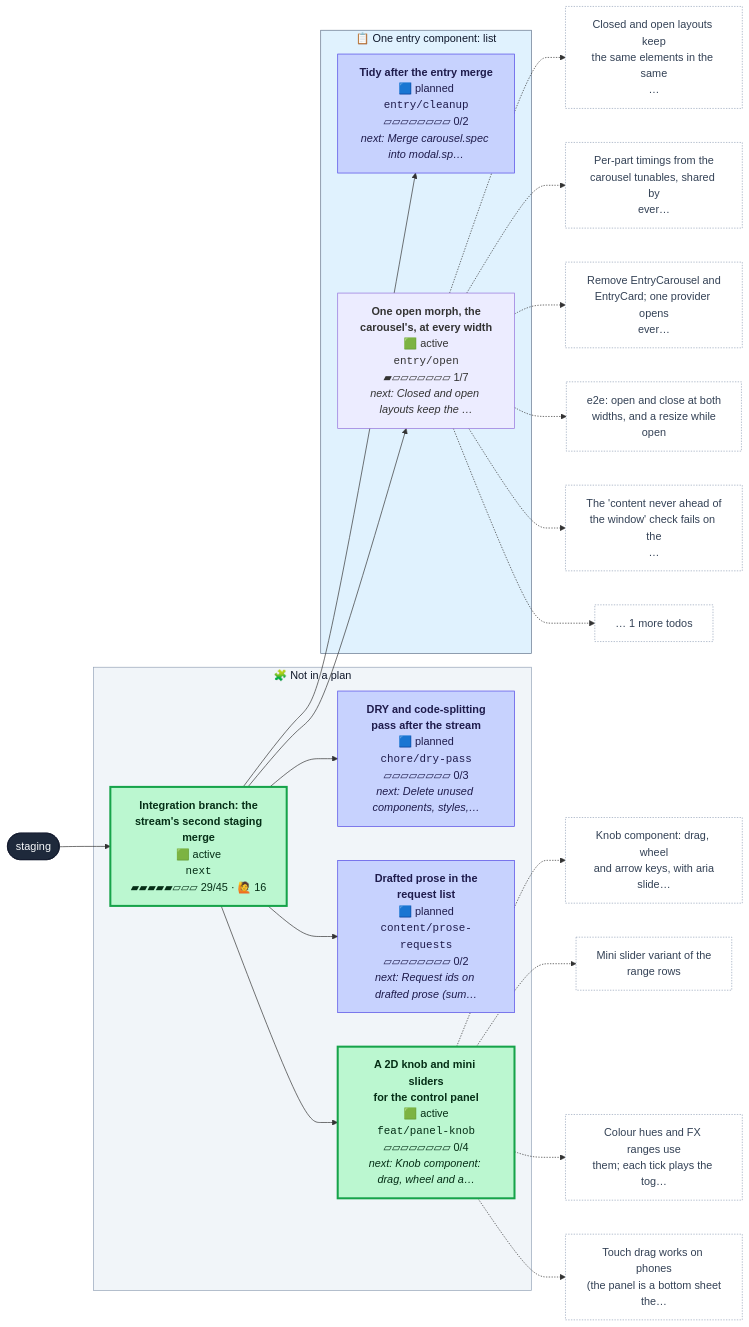
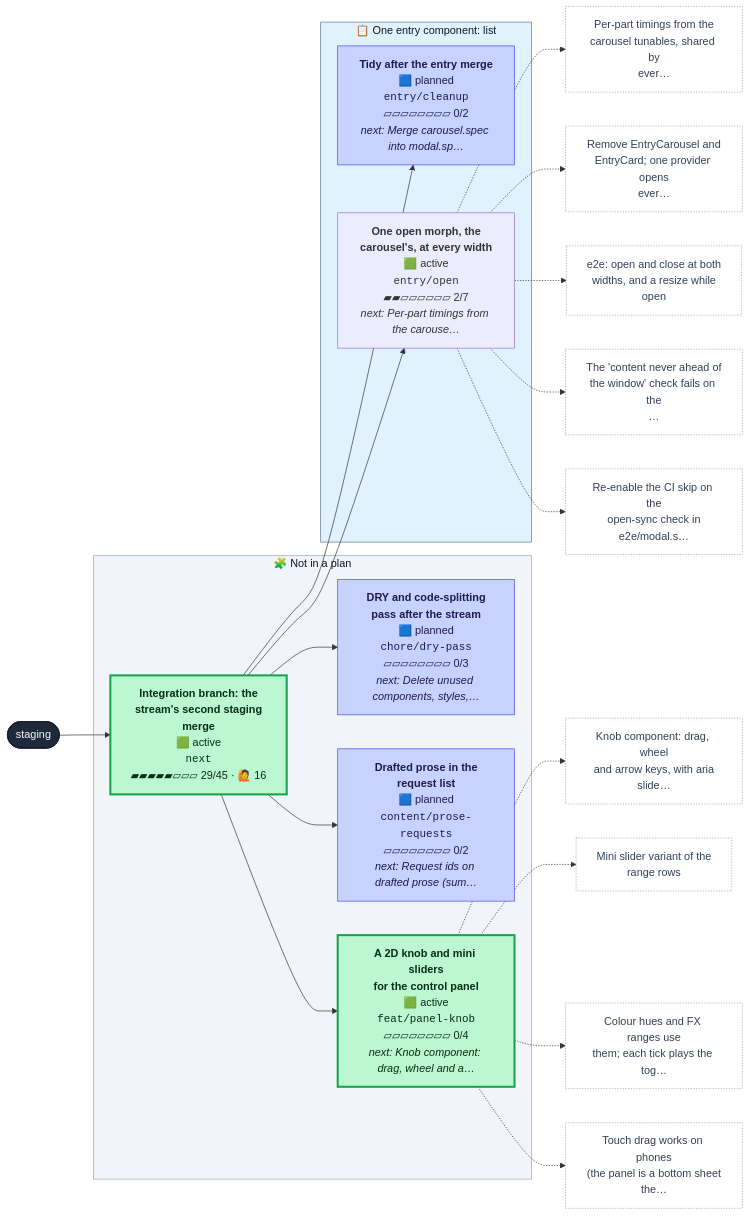
One commit to henryjonescodes/portfolio changed the first of 2 diagrams in CONTRIBUTING.md. Above: the diagram before and after it, drawn with Mermaid. The commit also changed other lines of this file, not shown here.

````diff
--- a/CONTRIBUTING.md
+++ b/CONTRIBUTING.md
@@ -16,68 +16,65 @@
 ```mermaid
 flowchart LR
   n_staging([staging])
   class n_staging trunk
   subgraph plan_0["📋 One entry component: list"]
     n_entry_cleanup["<b>Tidy after the entry merge</b><br/>🟦 planned<br/><code>entry/cleanup</code><br/>▱▱▱▱▱▱▱▱ 0/2<br/><i>next: Merge carousel.spec into modal.sp…</i>"]
     class n_entry_cleanup planned
-    n_entry_open["<b>One open morph, the<br/>carousel's, at every width</b><br/>🟩 active<br/><code>entry/open</code><br/>▰▱▱▱▱▱▱▱ 1/7<br/><i>next: Closed and open layouts keep the …</i>"]
+    n_entry_open["<b>One open morph, the<br/>carousel's, at every width</b><br/>🟩 active<br/><code>entry/open</code><br/>▰▰▱▱▱▱▱▱ 2/7<br/><i>next: Per-part timings from the carouse…</i>"]
     class n_entry_open active,current
   end
   style plan_0 fill:#e0f2fe,stroke:#64748b,color:#0f172a
   subgraph loose["🧩 Not in a plan"]
     n_chore_dry_pass["<b>DRY and code-splitting<br/>pass after the stream</b><br/>🟦 planned<br/><code>chore/dry-pass</code><br/>▱▱▱▱▱▱▱▱ 0/3<br/><i>next: Delete unused components, styles,…</i>"]
     class n_chore_dry_pass planned
     n_content_prose_requests["<b>Drafted prose in the<br/>request list</b><br/>🟦 planned<br/><code>content/prose-requests</code><br/>▱▱▱▱▱▱▱▱ 0/2<br/><i>next: Request ids on drafted prose (sum…</i>"]
     class n_content_prose_requests planned
     n_feat_panel_knob["<b>A 2D knob and mini sliders<br/>for the control panel</b><br/>🟩 active<br/><code>feat/panel-knob</code><br/>▱▱▱▱▱▱▱▱ 0/4<br/><i>next: Knob component: drag, wheel and a…</i>"]
     class n_feat_panel_knob active
     n_next["<b>Integration branch: the<br/>stream's second staging<br/>merge</b><br/>🟩 active<br/><code>next</code><br/>▰▰▰▰▰▱▱▱ 29/45 · 🙋 16"]
     class n_next active
   end
   style loose fill:#f1f5f9,stroke:#94a3b8,color:#0f172a
   n_next --> n_chore_dry_pass
   n_next --> n_content_prose_requests
   n_next --> n_entry_cleanup
   n_next --> n_entry_open
   n_next --> n_feat_panel_knob
   n_staging --> n_next
-  n_entry_open_t0["Closed and open layouts keep<br/>the same elements in the same<br/>…"]
+  n_entry_open_t0["Per-part timings from the<br/>carousel tunables, shared by<br/>ever…"]
   class n_entry_open_t0 todo
   n_entry_open -.-> n_entry_open_t0
-  n_entry_open_t1["Per-part timings from the<br/>carousel tunables, shared by<br/>ever…"]
+  n_entry_open_t1["Remove EntryCarousel and<br/>EntryCard; one provider opens<br/>ever…"]
   class n_entry_open_t1 todo
   n_entry_open -.-> n_entry_open_t1
-  n_entry_open_t2["Remove EntryCarousel and<br/>EntryCard; one provider opens<br/>ever…"]
+  n_entry_open_t2["e2e: open and close at both<br/>widths, and a resize while<br/>open"]
   class n_entry_open_t2 todo
   n_entry_open -.-> n_entry_open_t2
-  n_entry_open_t3["e2e: open and close at both<br/>widths, and a resize while<br/>open"]
+  n_entry_open_t3["The 'content never ahead of<br/>the window' check fails on the<br/>…"]
   class n_entry_open_t3 todo
   n_entry_open -.-> n_entry_open_t3
-  n_entry_open_t4["The 'content never ahead of<br/>the window' check fails on the<br/>…"]
+  n_entry_open_t4["Re-enable the CI skip on the<br/>open-sync check in<br/>e2e/modal.s…"]
   class n_entry_open_t4 todo
   n_entry_open -.-> n_entry_open_t4
-  n_entry_open_more["… 1 more todos"]
-  class n_entry_open_more todo
-  n_entry_open -.-> n_entry_open_more
   n_feat_panel_knob_t0["Knob component: drag, wheel<br/>and arrow keys, with aria<br/>slide…"]
   class n_feat_panel_knob_t0 todo
   n_feat_panel_knob -.-> n_feat_panel_knob_t0
   n_feat_panel_knob_t1["Mini slider variant of the<br/>range rows"]
   class n_feat_panel_knob_t1 todo
   n_feat_panel_knob -.-> n_feat_panel_knob_t1
   n_feat_panel_knob_t2["Colour hues and FX ranges use<br/>them; each tick plays the tog…"]
   class n_feat_panel_knob_t2 todo
   n_feat_panel_knob -.-> n_feat_panel_knob_t2
   n_feat_panel_knob_t3["Touch drag works on phones<br/>(the panel is a bottom sheet<br/>the…"]
   class n_feat_panel_knob_t3 todo
   n_feat_panel_knob -.-> n_feat_panel_knob_t3
   classDef merged fill:#dcfce7,stroke:#16a34a,color:#052e16
   classDef todo fill:#ffffff,stroke:#94a3b8,stroke-dasharray:2 2,color:#334155
   classDef planned fill:#c7d2fe,stroke:#4f46e5,color:#1e1b4b
   classDef sketched fill:#f8fafc,stroke:#64748b,stroke-dasharray:4 3,color:#334155
   classDef active fill:#bbf7d0,stroke:#16a34a,stroke-width:3px,color:#052e16
   classDef review fill:#fde68a,stroke:#d97706,stroke-width:3px,color:#451a03
   classDef blocked fill:#fecaca,stroke:#dc2626,stroke-width:3px,color:#450a0a
   classDef trunk fill:#1e293b,stroke:#0f172a,color:#f8fafc
   classDef current stroke:#0ea5e9,stroke-width:5px
 ```
````
